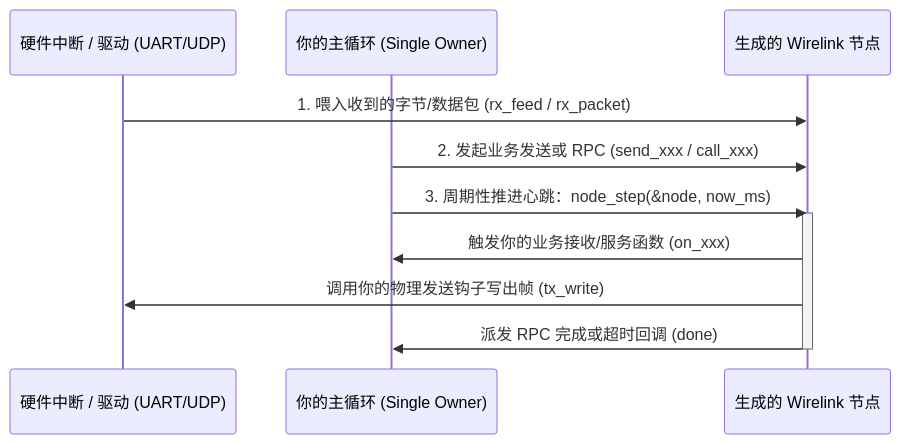
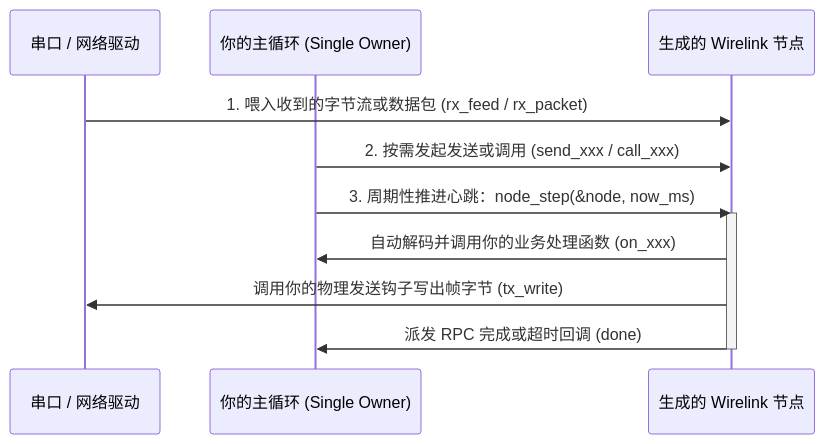
One commit to starwey604/wirelink changed the second of 2 diagrams in site/src/content/docs/zh-cn/overview/what-is-wirelink.mdx. Above: the diagram before and after it, drawn with Mermaid. The commit also changed other lines of this file and 14 other files, not shown here.

````diff
--- a/site/src/content/docs/zh-cn/overview/what-is-wirelink.mdx
+++ b/site/src/content/docs/zh-cn/overview/what-is-wirelink.mdx
@@ -45,15 +65,15 @@
 ```mermaid
 sequenceDiagram
-  participant HW as 硬件中断 / 驱动 (UART/UDP)
+  participant HW as 串口 / 网络驱动
   participant App as 你的主循环 (Single Owner)
   participant Node as 生成的 Wirelink 节点
 
-  HW->>Node: 1. 喂入收到的字节/数据包 (rx_feed / rx_packet)
-  App->>Node: 2. 发起业务发送或 RPC (send_xxx / call_xxx)
+  HW->>Node: 1. 喂入收到的字节流或数据包 (rx_feed / rx_packet)
+  App->>Node: 2. 按需发起发送或调用 (send_xxx / call_xxx)
   App->>Node: 3. 周期性推进心跳：node_step(&node, now_ms)
   activate Node
-  Node->>App: 触发你的业务接收/服务函数 (on_xxx)
-  Node->>HW: 调用你的物理发送钩子写出帧 (tx_write)
+  Node->>App: 自动解码并调用你的业务处理函数 (on_xxx)
+  Node->>HW: 调用你的物理发送钩子写出帧字节 (tx_write)
   Node->>App: 派发 RPC 完成或超时回调 (done)
   deactivate Node
 ```
````
